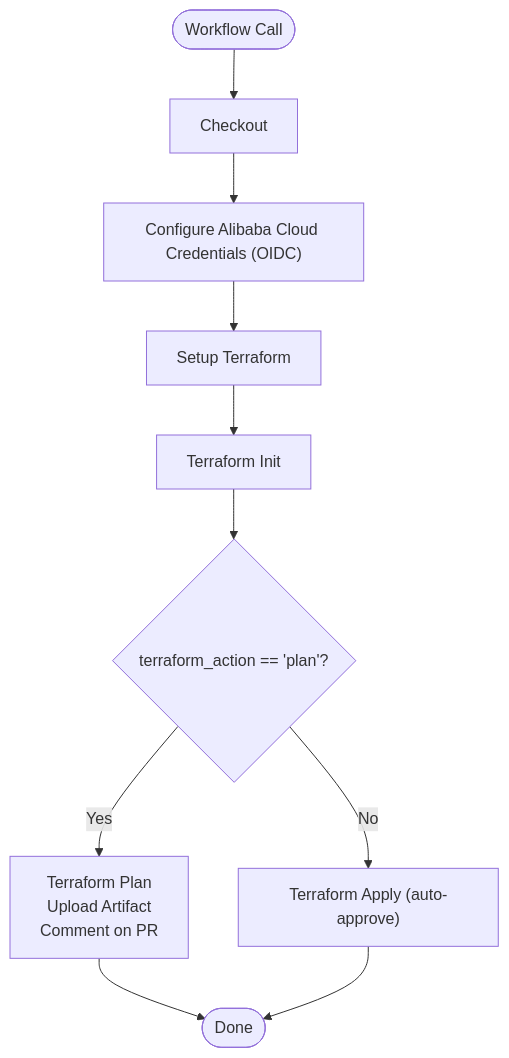
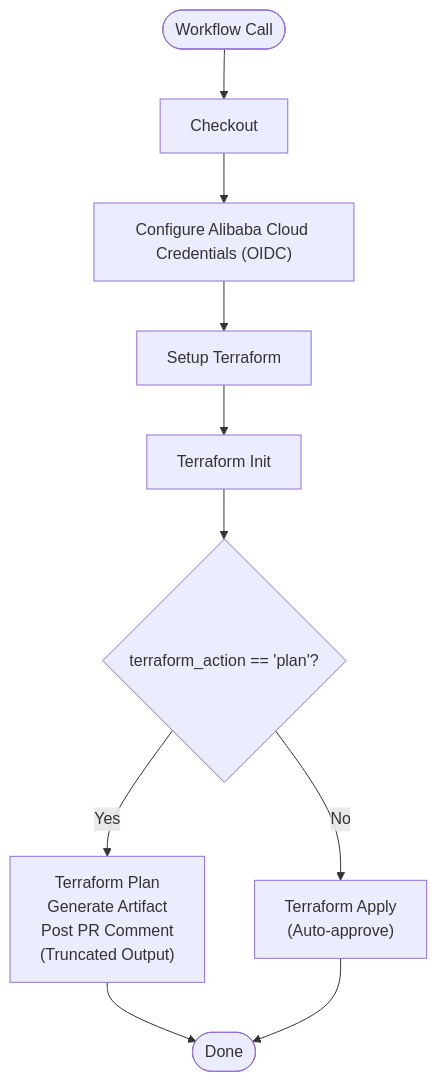
Before and after one commit to AlibabaCloudLandingZone/alibabacloud-landingzone-accelerator-github-demo: the third of 10 diagrams in .qoder/repowiki/en/content/CI_CD Pipeline Architecture/CI_CD Pipeline Architecture.md, drawn with Mermaid. The commit also changed other lines of this file and 104 other files, not shown here.

````diff
--- a/.qoder/repowiki/en/content/CI_CD Pipeline Architecture/CI_CD Pipeline Architecture.md
+++ b/.qoder/repowiki/en/content/CI_CD Pipeline Architecture/CI_CD Pipeline Architecture.md
@@ -152,12 +168,12 @@
 ```mermaid
 flowchart TD
 Start(["Workflow Call"]) --> Checkout["Checkout"]
 Checkout --> OIDC["Configure Alibaba Cloud Credentials (OIDC)"]
 OIDC --> TFSetup["Setup Terraform"]
 TFSetup --> Init["Terraform Init"]
 Init --> PlanOnly{"terraform_action == 'plan'?"}
-PlanOnly --> |Yes| PlanRun["Terraform Plan<br/>Upload Artifact<br/>Comment on PR"]
-PlanOnly --> |No| ApplyRun["Terraform Apply (auto-approve)"]
+PlanOnly --> |Yes| PlanRun["Terraform Plan<br/>Generate Artifact<br/>Post PR Comment<br/>(Truncated Output)"]
+PlanOnly --> |No| ApplyRun["Terraform Apply<br/>(Auto-approve)"]
 PlanRun --> End(["Done"])
 ApplyRun --> End
 ```
````
